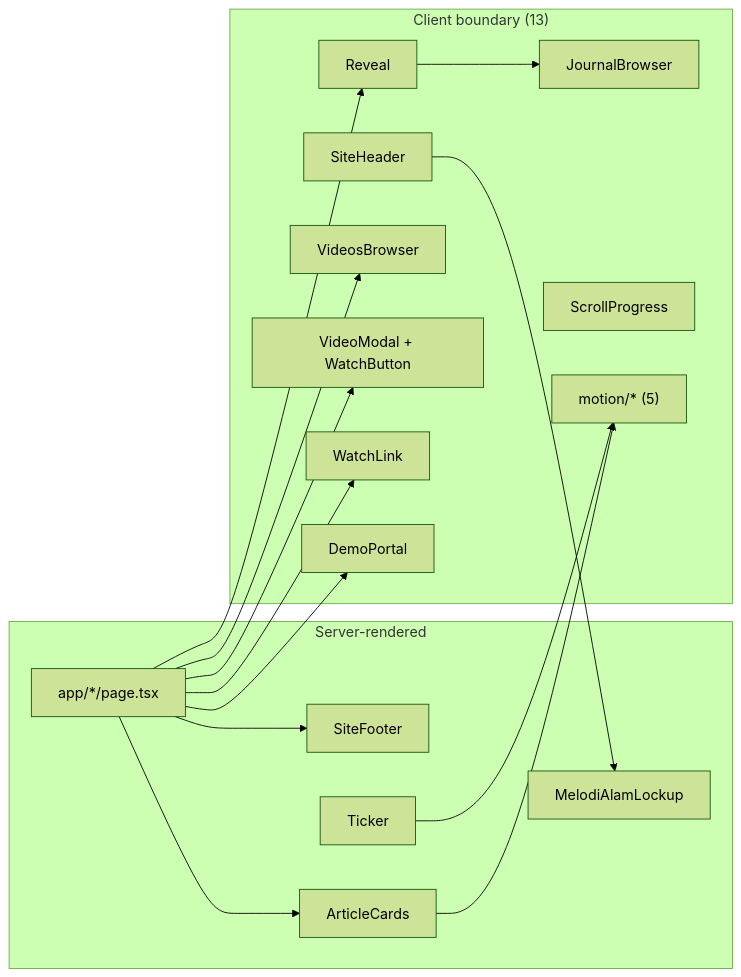
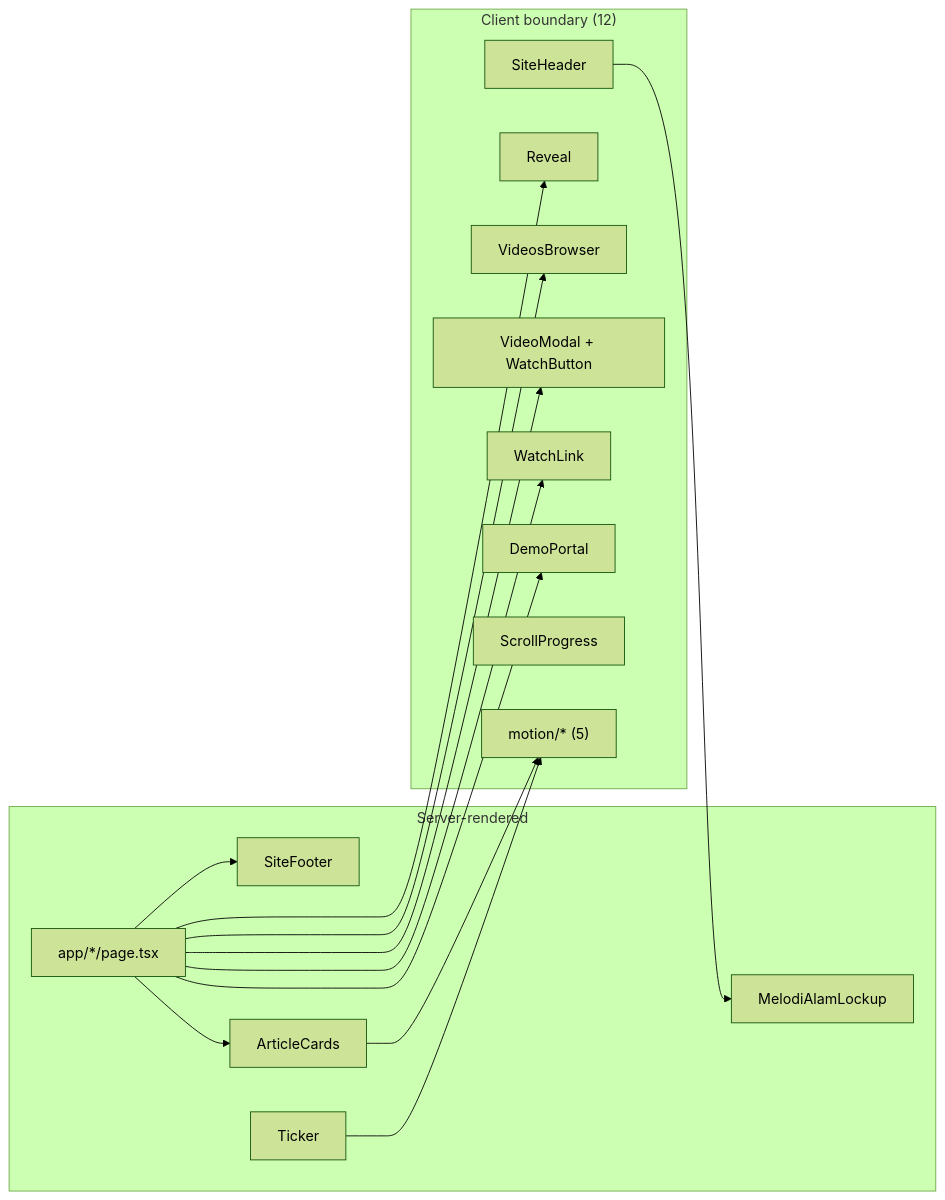
The second of 4 diagrams in docs/FRONTEND-PLAN.md (albiruby/melodialam-website), drawn with Mermaid (forest theme) before and after one commit. The commit also changed other lines of this file and 16 other files, not shown here.

````diff
--- a/docs/FRONTEND-PLAN.md
+++ b/docs/FRONTEND-PLAN.md
@@ -236,31 +236,30 @@
 ```mermaid
 graph LR
   subgraph server["Server-rendered"]
     PG["app/*/page.tsx"]
     FO["SiteFooter"]
     TI["Ticker"]
     AC["ArticleCards"]
     BM["MelodiAlamLockup"]
   end
-  subgraph client["Client boundary (13)"]
+  subgraph client["Client boundary (12)"]
     HD["SiteHeader"]
     RB["Reveal"]
-    JB["JournalBrowser"]
     VB["VideosBrowser"]
     VM["VideoModal + WatchButton"]
     WL["WatchLink"]
     DP["DemoPortal"]
     SP["ScrollProgress"]
     M["motion/* (5)"]
   end
   PG --> FO
   PG --> AC
   AC --> M
   TI --> M
-  PG --> RB --> JB
+  PG --> RB
   PG --> VB
   PG --> VM
   PG --> WL
   PG --> DP
   HD --> BM
 ```
````
